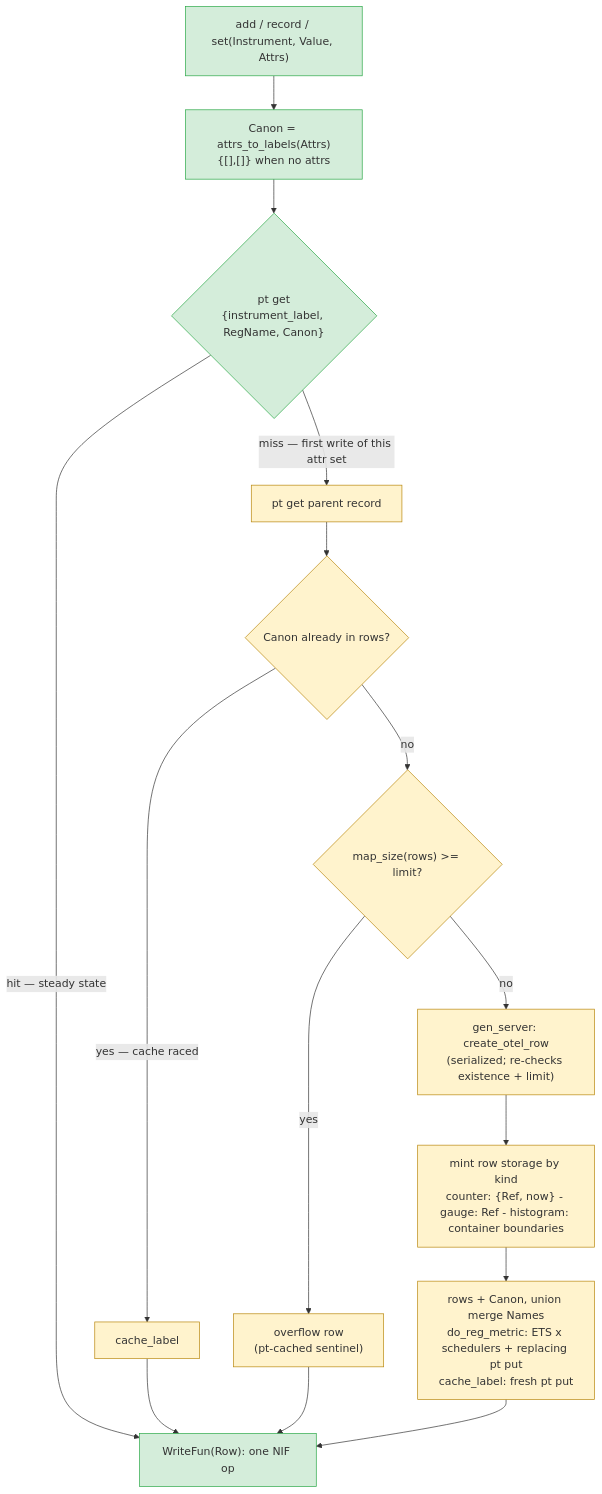
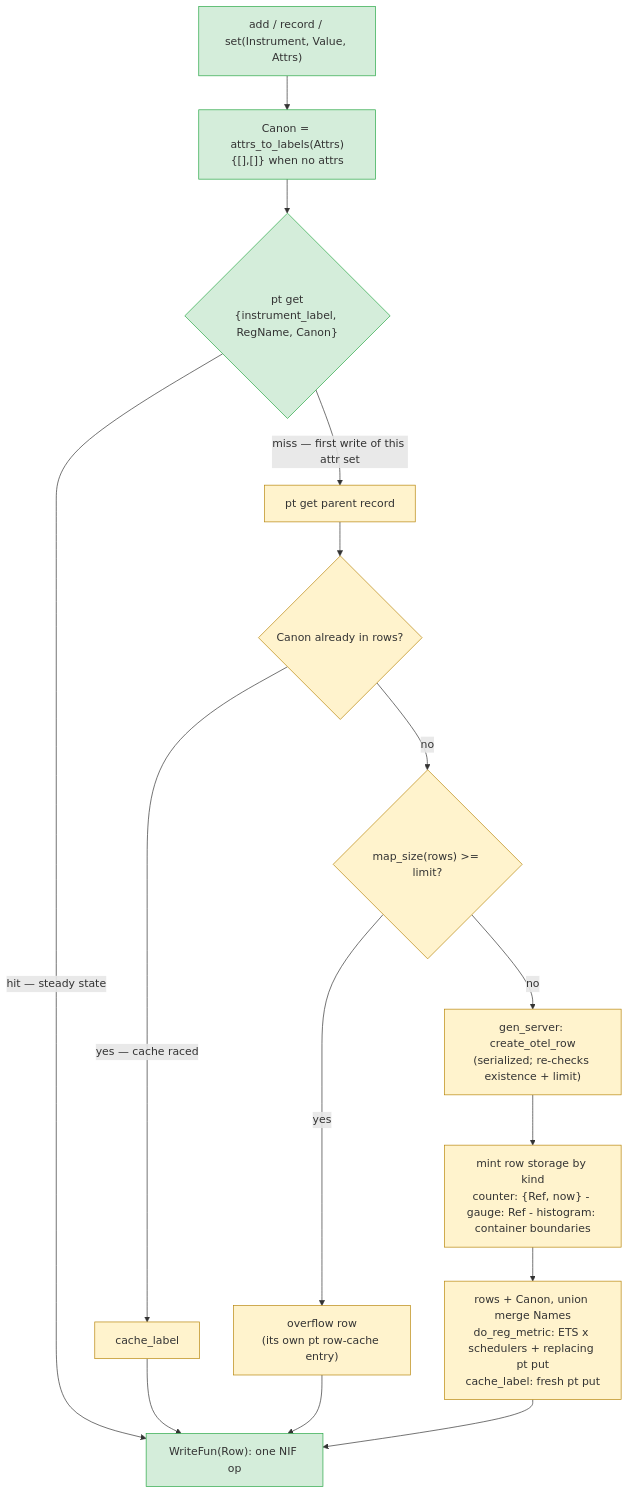
One commit to velimir/instrument changed the fourth of 17 diagrams in docs/superpowers/specs/2026-06-10-meter-row-store-design.md. Above: the diagram before and after it, drawn with Mermaid. The commit also changed other lines of this file and 1 other file, not shown here.

Commit message:
resolve plan-review findings: widen registry label-cache specs for canon keys, align spec overflow caching with the plan's single-key design

````diff
--- a/docs/superpowers/specs/2026-06-10-meter-row-store-design.md
+++ b/docs/superpowers/specs/2026-06-10-meter-row-store-design.md
@@ -312,20 +312,20 @@
 ```mermaid
 flowchart TD
   W["add / record / set(Instrument, Value, Attrs)"] --> CAN["Canon = attrs_to_labels(Attrs)<br/>{[],[]} when no attrs"]
   CAN --> GET{"pt get<br/>{instrument_label, RegName, Canon}"}
   GET -->|"hit — steady state"| NIF["WriteFun(Row): one NIF op"]
   GET -->|"miss — first write of this attr set"| PAR["pt get parent record"]
   PAR --> EX{"Canon already in rows?"}
   EX -->|"yes — cache raced"| RC["cache_label"] --> NIF
   EX -->|no| CARD{"map_size(rows) >= limit?"}
-  CARD -->|yes| OVF["overflow row<br/>(pt-cached sentinel)"] --> NIF
+  CARD -->|yes| OVF["overflow row<br/>(its own pt row-cache entry)"] --> NIF
   CARD -->|no| GS["gen_server: create_otel_row<br/>(serialized; re-checks existence + limit)"]
   GS --> MINT["mint row storage by kind<br/>counter: {Ref, now} - gauge: Ref - histogram: container boundaries"]
   MINT --> UPD["rows + Canon, union merge Names<br/>do_reg_metric: ETS x schedulers + replacing pt put<br/>cache_label: fresh pt put"]
   UPD --> NIF
 
   classDef fast fill:#d4edda,stroke:#28a745
   classDef once fill:#fff3cd,stroke:#b8860b
   class W,CAN,GET,NIF fast
   class PAR,EX,RC,CARD,OVF,GS,MINT,UPD once
 ```
````
